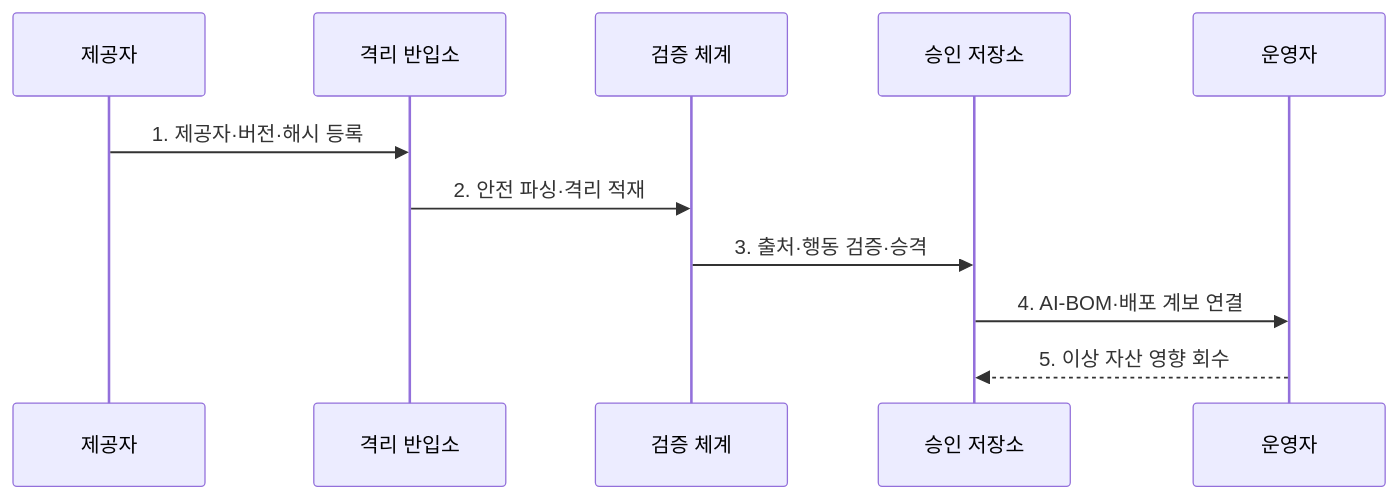
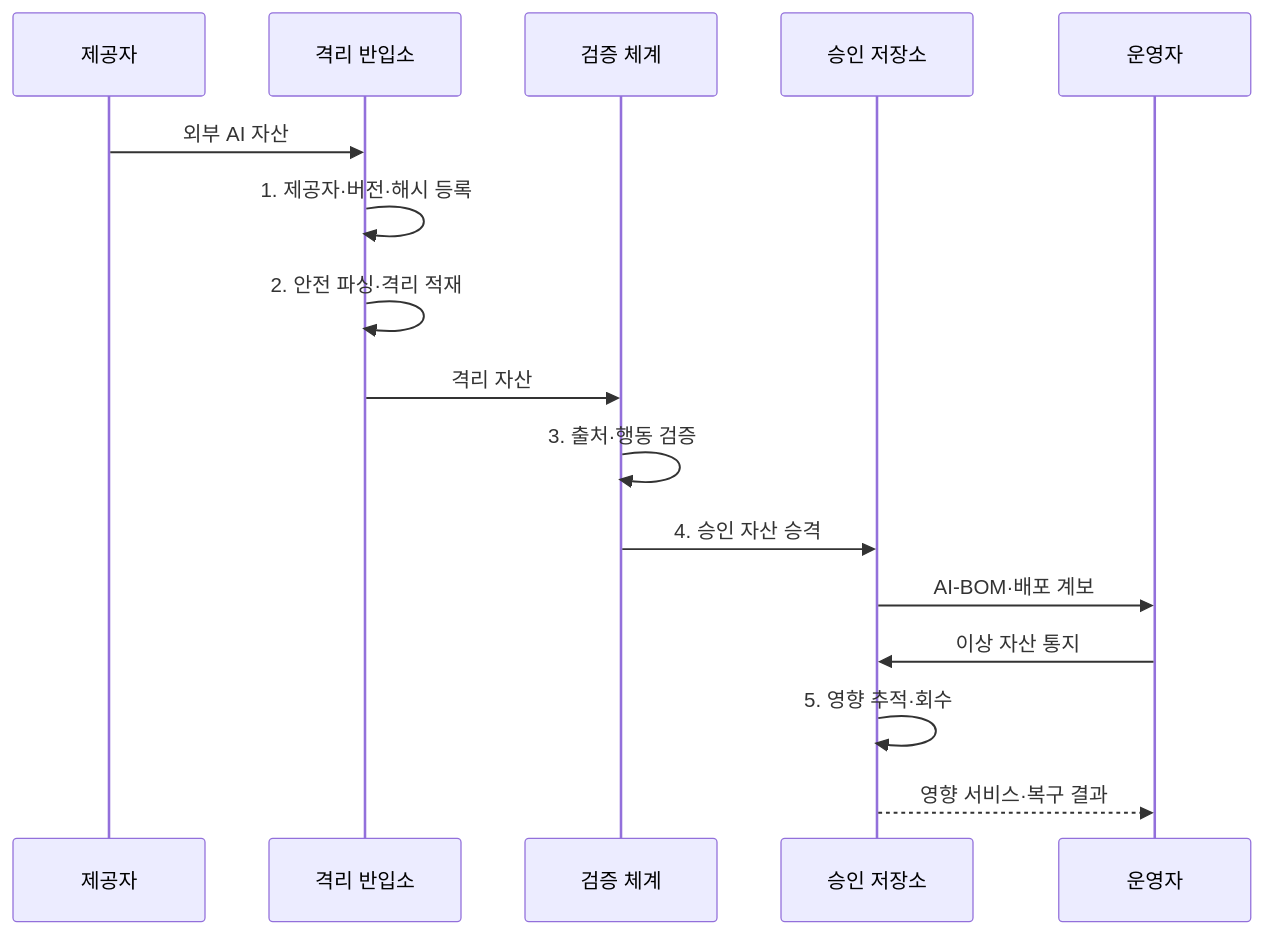
Before and after one commit to agnusdei1207/knowledge-base: the second of 2 diagrams in src/content/docs/notes/05-security/093_ai_supply_chain_security.md, drawn with Mermaid. The commit also changed other lines of this file and 20 other files, not shown here.

````diff
--- a/src/content/docs/notes/05-security/093_ai_supply_chain_security.md
+++ b/src/content/docs/notes/05-security/093_ai_supply_chain_security.md
@@ -84,13 +84,18 @@
 ```mermaid
 sequenceDiagram
     participant P as 제공자
     participant Q as 격리 반입소
     participant V as 검증 체계
     participant R as 승인 저장소
     participant O as 운영자
-    P->>Q: 1. 제공자·버전·해시 등록
-    Q->>V: 2. 안전 파싱·격리 적재
-    V->>R: 3. 출처·행동 검증·승격
-    R->>O: 4. AI-BOM·배포 계보 연결
-    O-->>R: 5. 이상 자산 영향 회수
+    P->>Q: 외부 AI 자산
+    Q->>Q: 1. 제공자·버전·해시 등록
+    Q->>Q: 2. 안전 파싱·격리 적재
+    Q->>V: 격리 자산
+    V->>V: 3. 출처·행동 검증
+    V->>R: 4. 승인 자산 승격
+    R->>O: AI-BOM·배포 계보
+    O->>R: 이상 자산 통지
+    R->>R: 5. 영향 추적·회수
+    R-->>O: 영향 서비스·복구 결과
 ```
````
